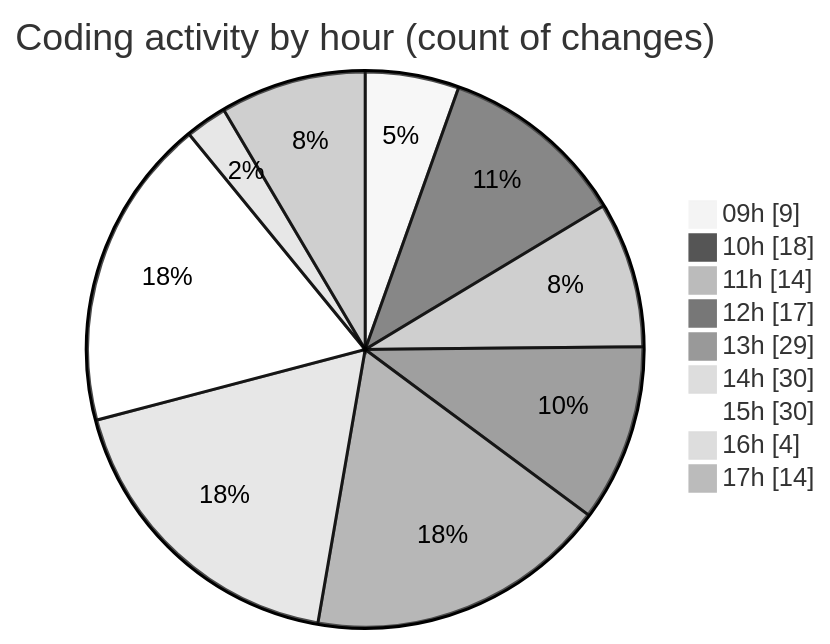
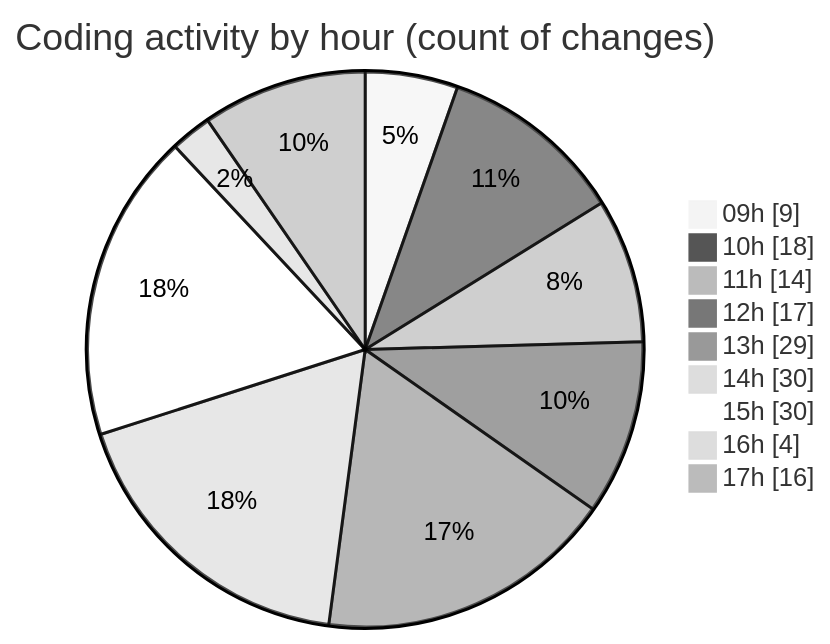
One commit to momahboobian/code-tracking changed the second of 2 diagrams in 2025-03-24/cda/README.md. Above: the diagram before and after it, drawn with Mermaid (neutral theme). The commit also changed other lines of this file and 1 other file, not shown here.

````diff
--- a/2025-03-24/cda/README.md
+++ b/2025-03-24/cda/README.md
@@ -54,13 +54,13 @@
 ```mermaid
 pie showData
 title Coding activity by hour (count of changes)
 "09h" : 9
 "10h" : 18
 "11h" : 14
 "12h" : 17
 "13h" : 29
 "14h" : 30
 "15h" : 30
 "16h" : 4
-"17h" : 14
+"17h" : 16
 ```
````
